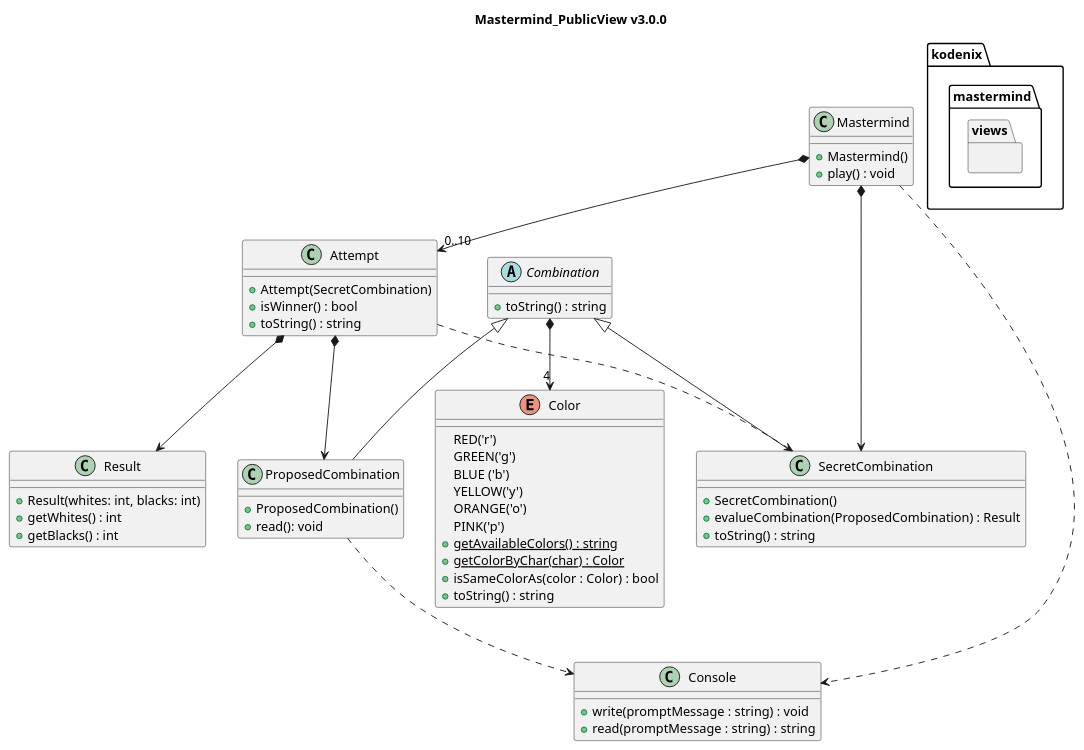
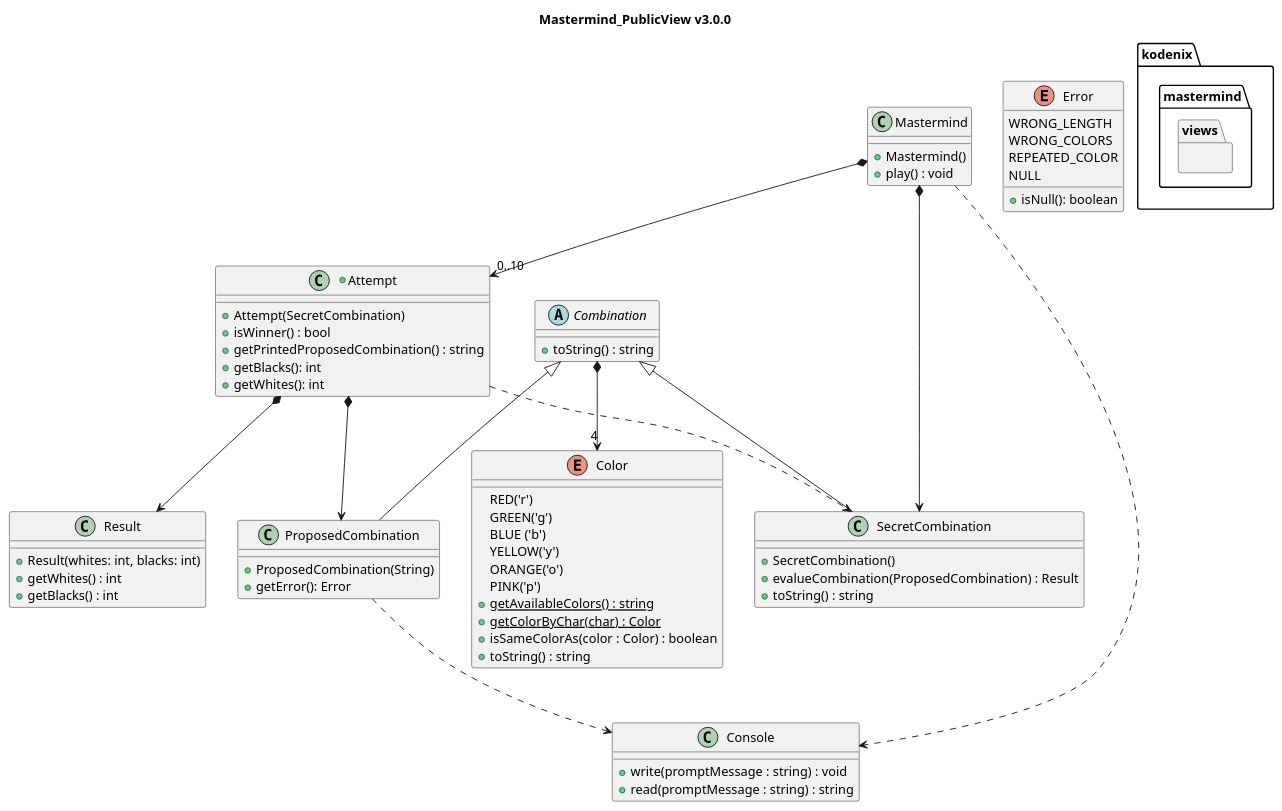
One commit to Master-Desarrollo-20-21/diseno-oo-ejercicio2-mastermind-document-view-kodenix changed the diagram in docs/diagrams/src/paquetes/kodenix.mastermind.models.puml. Above: the diagram before and after it, drawn with PlantUML. The commit also changed 16 other files, not shown here.

```diff
--- a/docs/diagrams/src/paquetes/kodenix.mastermind.models.puml
+++ b/docs/diagrams/src/paquetes/kodenix.mastermind.models.puml
@@ -1,79 +1,90 @@
 @startuml Mastermind_PublicView_v3_0_0
 
 title Mastermind_PublicView v3.0.0
 
 package kodenix.mastermind.views { 
 
 
     
 }
 
 
 class Mastermind {
     +Mastermind()
     +play() : void
 }
 
-class Attempt{
++class Attempt{
     +Attempt(SecretCombination)
     +isWinner() : bool
-    +toString() : string
+    +getPrintedProposedCombination() : string
+    +getBlacks(): int
+    +getWhites(): int
 }
 
 
 class Result{
     +Result(whites: int, blacks: int)
     +getWhites() : int
     +getBlacks() : int
 }
 
 enum Color{
     RED('r')
     GREEN('g')
     BLUE ('b')
     YELLOW('y')
     ORANGE('o')
     PINK('p')
     +{static} getAvailableColors() : string
     +{static} getColorByChar(char) : Color
-    +isSameColorAs(color : Color) : bool
+    +isSameColorAs(color : Color) : boolean
     +toString() : string
 }
 
 abstract class Combination{
     +toString() : string
 }
 
 class SecretCombination{
     +SecretCombination()
     +evalueCombination(ProposedCombination) : Result
     +toString() : string
 }
 
 class ProposedCombination{
-    +ProposedCombination()
-    +read(): void
+    +ProposedCombination(String)
+    +getError(): Error
 }
 
 class Console{
     +write(promptMessage : string) : void
     +read(promptMessage : string) : string
+}
+
+enum Error{
+    WRONG_LENGTH
+    WRONG_COLORS
+    REPEATED_COLOR
+    NULL
+    
+    +isNull(): boolean
 }
 
 
 
 Mastermind *--> SecretCombination
 Mastermind *--> "0..10" Attempt
 
 Combination ^-- SecretCombination
 Combination ^-- ProposedCombination
 Combination *--> "4" Color
 
 Attempt *--> ProposedCombination
 Attempt *--> Result
 Attempt ..> SecretCombination
 
 Mastermind ..> Console
 ProposedCombination ..> Console
 
 @enduml
```
